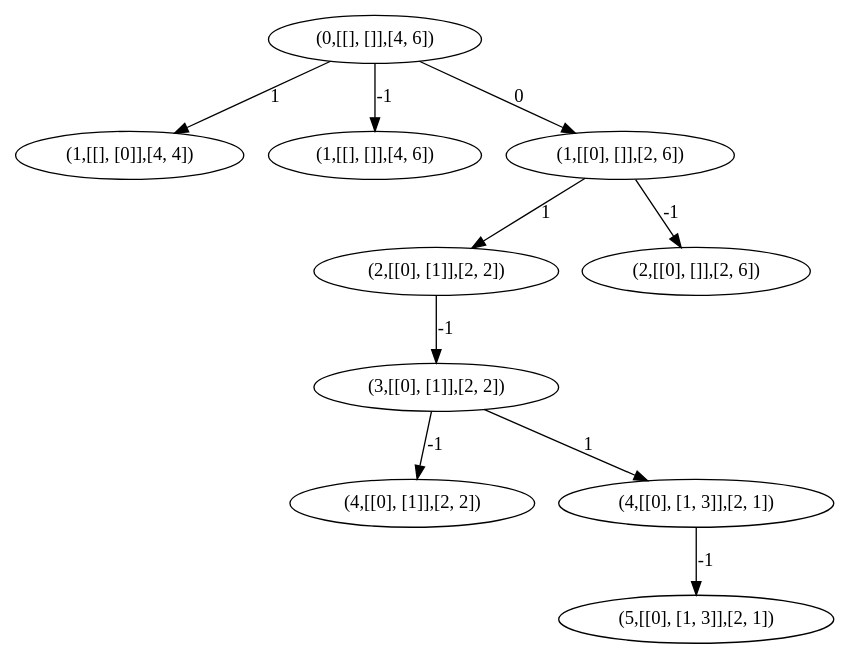
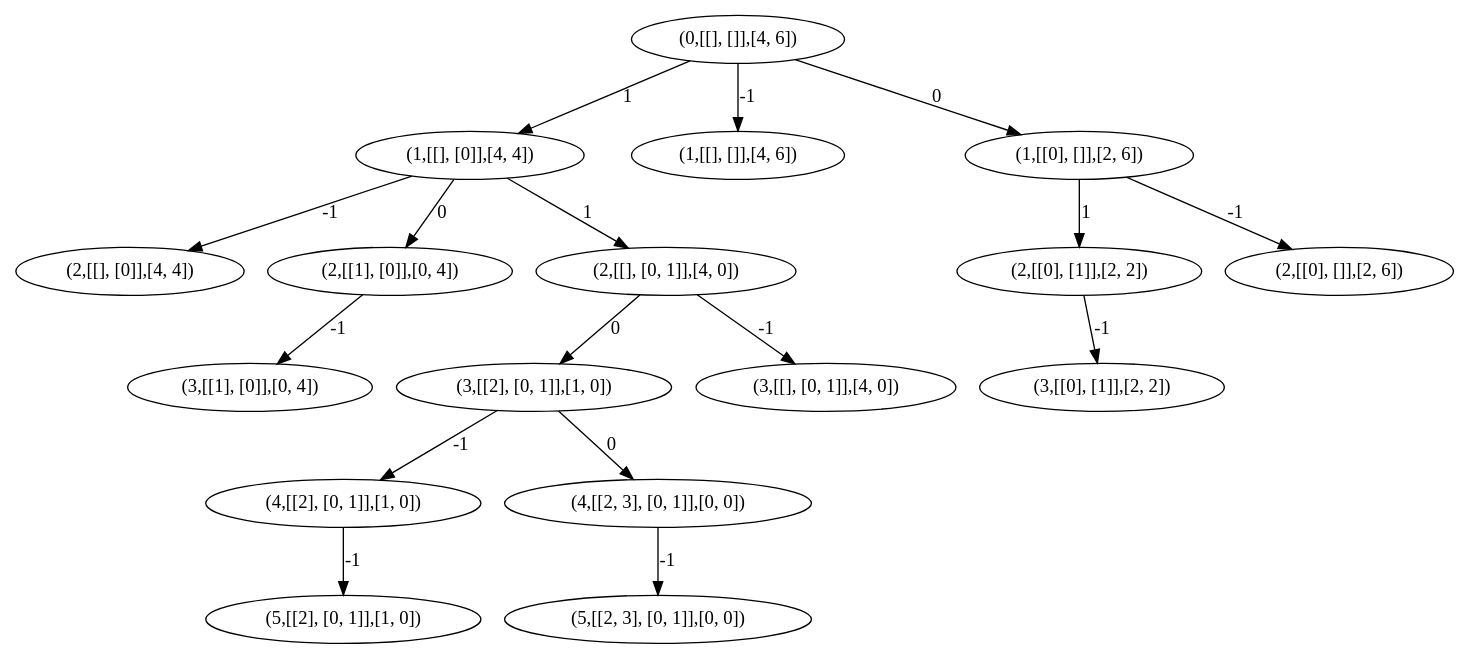
Before and after one commit to Gallardo7761/PI5: the diagram in generated/ej1AStar1.dot, drawn with Graphviz. The commit also changed 6 other files, not shown here.

```diff
--- a/generated/ej1AStar1.dot
+++ b/generated/ej1AStar1.dot
@@ -1,21 +1,35 @@
 strict digraph G {
-  1 [ label="(5,[[0], [1, 3]],[2, 1])" ];
-  2 [ label="(1,[[], [0]],[4, 4])" ];
-  3 [ label="(2,[[0], [1]],[2, 2])" ];
-  4 [ label="(0,[[], []],[4, 6])" ];
+  1 [ label="(1,[[], [0]],[4, 4])" ];
+  2 [ label="(2,[[0], [1]],[2, 2])" ];
+  3 [ label="(0,[[], []],[4, 6])" ];
+  4 [ label="(2,[[], [0]],[4, 4])" ];
   5 [ label="(3,[[0], [1]],[2, 2])" ];
   6 [ label="(1,[[], []],[4, 6])" ];
-  7 [ label="(4,[[0], [1]],[2, 2])" ];
-  8 [ label="(1,[[0], []],[2, 6])" ];
-  9 [ label="(2,[[0], []],[2, 6])" ];
-  10 [ label="(4,[[0], [1, 3]],[2, 1])" ];
-  10 -> 1 [ label="-1" ];
-  4 -> 2 [ label="1" ];
-  8 -> 3 [ label="1" ];
-  3 -> 5 [ label="-1" ];
-  4 -> 6 [ label="-1" ];
-  5 -> 7 [ label="-1" ];
-  4 -> 8 [ label="0" ];
-  8 -> 9 [ label="-1" ];
-  5 -> 10 [ label="1" ];
+  7 [ label="(3,[[2], [0, 1]],[1, 0])" ];
+  8 [ label="(4,[[2], [0, 1]],[1, 0])" ];
+  9 [ label="(1,[[0], []],[2, 6])" ];
+  10 [ label="(5,[[2], [0, 1]],[1, 0])" ];
+  11 [ label="(2,[[0], []],[2, 6])" ];
+  12 [ label="(2,[[1], [0]],[0, 4])" ];
+  13 [ label="(3,[[1], [0]],[0, 4])" ];
+  14 [ label="(4,[[2, 3], [0, 1]],[0, 0])" ];
+  15 [ label="(5,[[2, 3], [0, 1]],[0, 0])" ];
+  16 [ label="(2,[[], [0, 1]],[4, 0])" ];
+  17 [ label="(3,[[], [0, 1]],[4, 0])" ];
+  3 -> 1 [ label="1" ];
+  9 -> 2 [ label="1" ];
+  1 -> 4 [ label="-1" ];
+  2 -> 5 [ label="-1" ];
+  3 -> 6 [ label="-1" ];
+  16 -> 7 [ label="0" ];
+  7 -> 8 [ label="-1" ];
+  3 -> 9 [ label="0" ];
+  8 -> 10 [ label="-1" ];
+  9 -> 11 [ label="-1" ];
+  1 -> 12 [ label="0" ];
+  12 -> 13 [ label="-1" ];
+  7 -> 14 [ label="0" ];
+  14 -> 15 [ label="-1" ];
+  1 -> 16 [ label="1" ];
+  16 -> 17 [ label="-1" ];
 }
```
